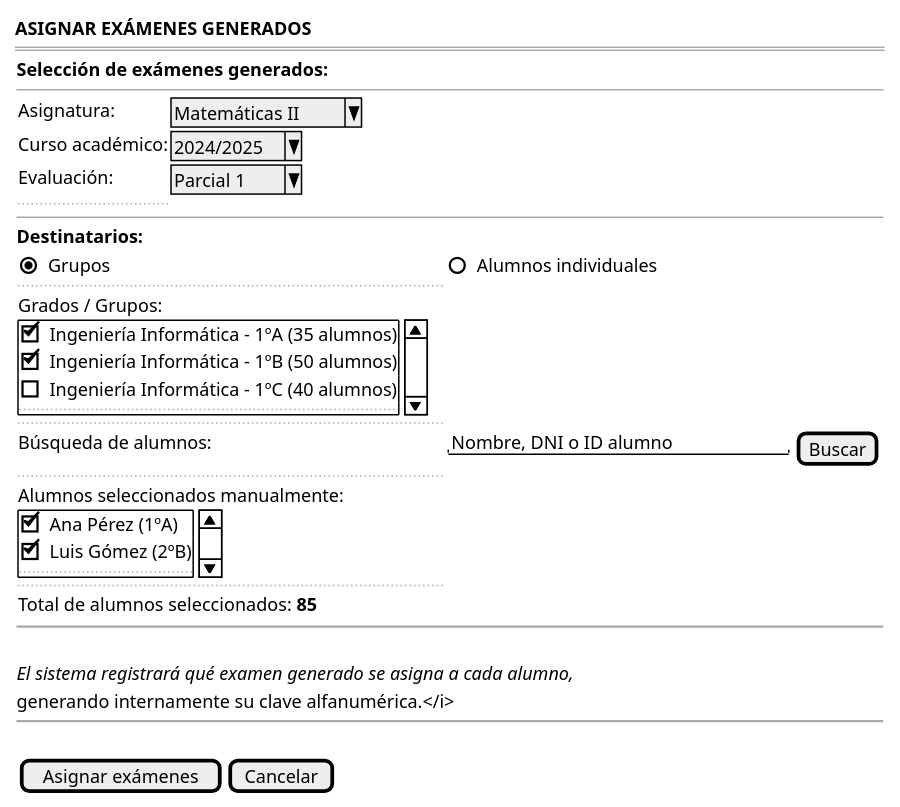
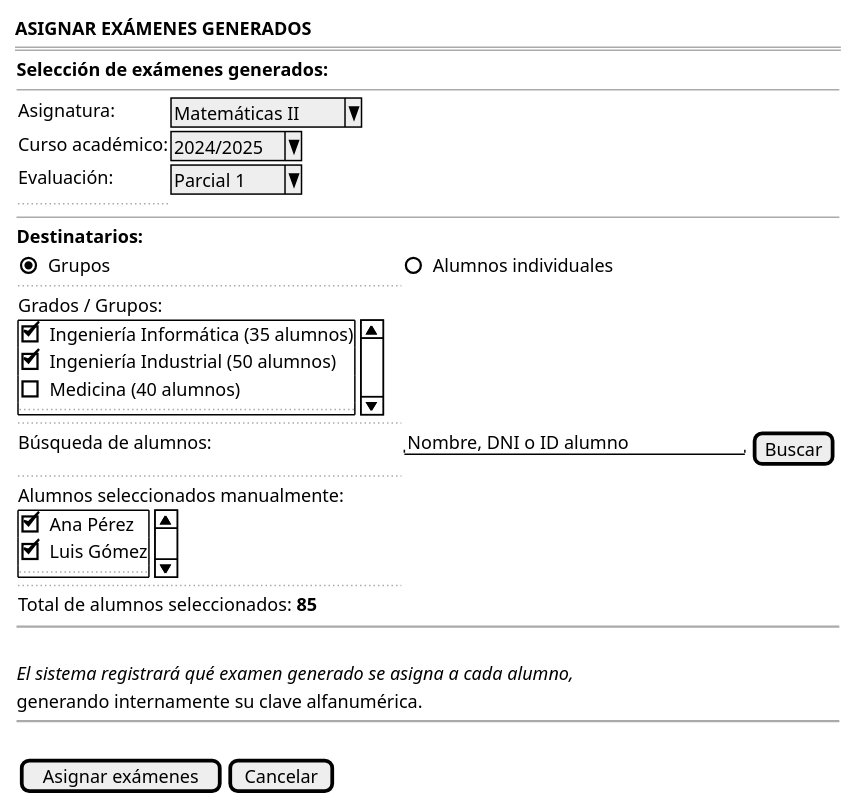
One commit to martinlopez7/25-26-IdSw1-SdR changed the diagram in documents/casos-de-uso/prototipadoCasosDeUso/asignarExamenes/asignarExamenes.puml. Above: the diagram before and after it, drawn with PlantUML. The commit also changed 3 other files, not shown here.

```diff
--- a/documents/casos-de-uso/prototipadoCasosDeUso/asignarExamenes/asignarExamenes.puml
+++ b/documents/casos-de-uso/prototipadoCasosDeUso/asignarExamenes/asignarExamenes.puml
@@ -1,51 +1,51 @@
 @startsalt asignarExamenes_FORMULARIO
 {
     <b>ASIGNAR EXÁMENES GENERADOS</b>
     ===
     {
         <b>Selección de exámenes generados:</b>
         --
         {
             Asignatura:      | ^Matemáticas II^
             Curso académico: | ^2024/2025^
             Evaluación:      | ^Parcial 1^
             ..
         }
         
         --
         
         <b>Destinatarios:</b>
         {
             (X) Grupos | ( ) Alumnos individuales
             ..
             Grados / Grupos:
             {SI
-                [X] Ingeniería Informática - 1ºA (35 alumnos)
-                [X] Ingeniería Informática - 1ºB (50 alumnos)
-                [ ] Ingeniería Informática - 1ºC (40 alumnos)
+                [X] Ingeniería Informática (35 alumnos)
+                [X] Ingeniería Industrial (50 alumnos)
+                [ ] Medicina (40 alumnos)
                 ...
             }
             ..
             Búsqueda de alumnos: | "Nombre, DNI o ID alumno     " | [Buscar]
             ..
             Alumnos seleccionados manualmente:
             {SI
-                [X] Ana Pérez (1ºA)
-                [X] Luis Gómez (2ºB)
+                [X] Ana Pérez
+                [X] Luis Gómez
                 ...
             }
             ..
             Total de alumnos seleccionados: <b>85</b>
         }
         
         ~~
         .
         <i>El sistema registrará qué examen generado se asigna a cada alumno,
-        generando internamente su clave alfanumérica.</i>
+        generando internamente su clave alfanumérica.
         
         ~~
         .
         {[Asignar exámenes] | [Cancelar]}
     }
 }
 @endsalt
```
